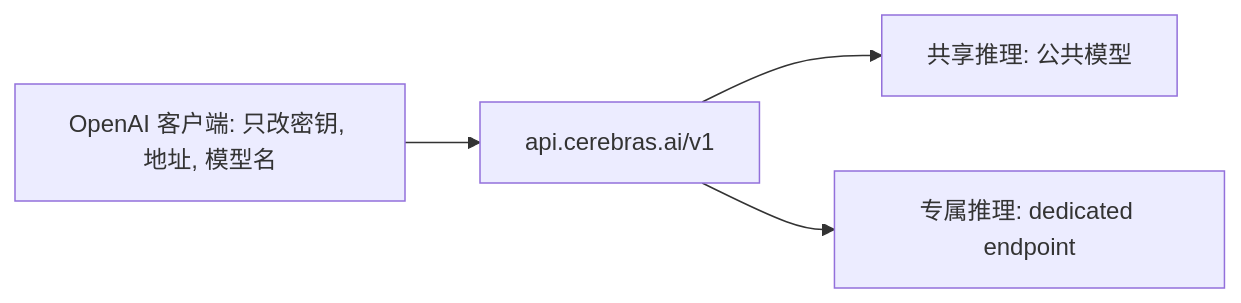
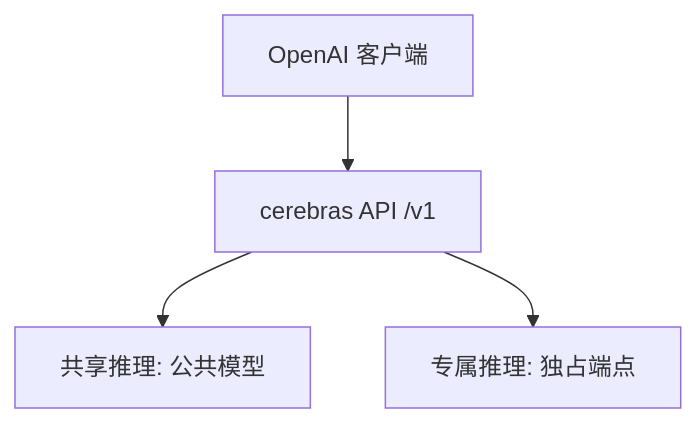
The diagram in vault/interviews/companies/cerebras/deck/cards/company/cbr-company-inference-cloud.md (ChiChasesCheese/trellis), drawn with Mermaid before and after one commit. The commit also changed 27 other files, not shown here.

First line of the commit message:
Cerebras HM prep: phone-sized diagrams and two corrected facts in the 100 cards for the hiring-manager round

````diff
--- a/vault/interviews/companies/cerebras/deck/cards/company/cbr-company-inference-cloud.md
+++ b/vault/interviews/companies/cerebras/deck/cards/company/cbr-company-inference-cloud.md
@@ -19,6 +19,6 @@
 ```mermaid
-flowchart LR
-    C["OpenAI 客户端: 只改密钥, 地址, 模型名"] --> A["api.cerebras.ai/v1"]
+flowchart TD
+    C["OpenAI 客户端"] --> A["cerebras API /v1"]
     A --> S["共享推理: 公共模型"]
-    A --> D["专属推理: dedicated endpoint"]
+    A --> D["专属推理: 独占端点"]
 ```
````
